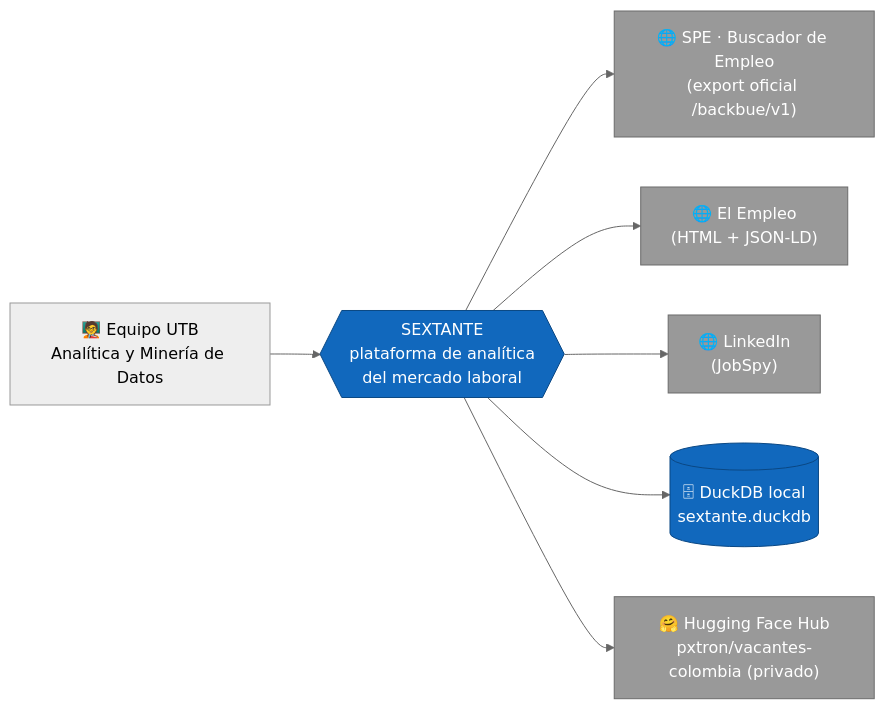
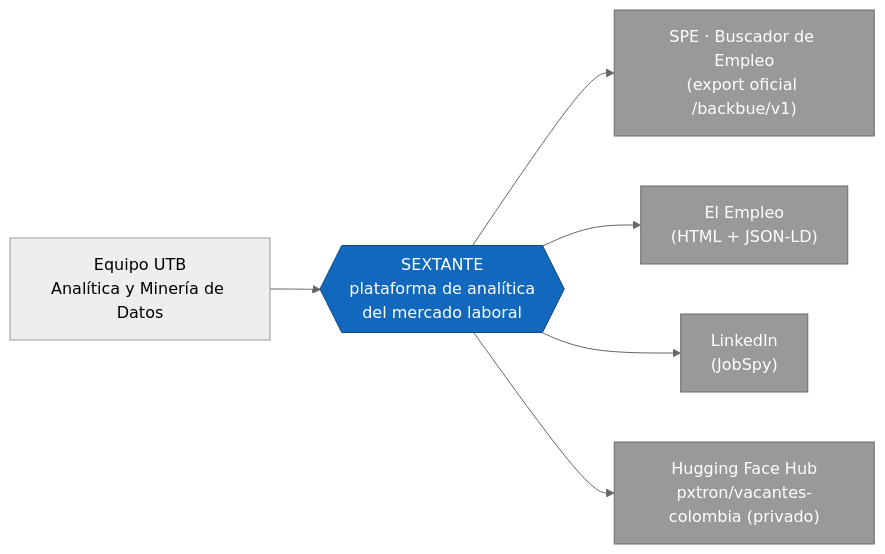
Before and after one commit to shalom-A26/SEXTANTE: the first of 3 diagrams in README.md, drawn with Mermaid (neutral theme). The commit also changed other lines of this file and 8 other files, not shown here.

First line of the commit message:
feat: captura en GitHub Actions con Hugging Face como memoria persistente

````diff
--- a/README.md
+++ b/README.md
@@ -46,24 +46,20 @@
 ```mermaid
 flowchart LR
-    u["🧑‍🏫 Equipo UTB<br/>Analítica y Minería de Datos"]
+    u["Equipo UTB<br/>Analítica y Minería de Datos"]
     s{{"SEXTANTE<br/>plataforma de analítica<br/>del mercado laboral"}}
-    spe["🌐 SPE · Buscador de Empleo<br/>(export oficial /backbue/v1)"]
-    ee["🌐 El Empleo<br/>(HTML + JSON-LD)"]
-    li["🌐 LinkedIn<br/>(JobSpy)"]
-    hf["🤗 Hugging Face Hub<br/>pxtron/vacantes-colombia (privado)"]
-    dk[("🗄 DuckDB local<br/>sextante.duckdb")]
+    spe["SPE · Buscador de Empleo<br/>(export oficial /backbue/v1)"]
+    ee["El Empleo<br/>(HTML + JSON-LD)"]
+    li["LinkedIn<br/>(JobSpy)"]
+    hf["Hugging Face Hub<br/>pxtron/vacantes-colombia (privado)"]
 
     u --> s
     s --> spe
     s --> ee
     s --> li
-    s --> dk
     s --> hf
 
     classDef sistema fill:#1168bd,color:#fff,stroke:#0b4884;
     classDef externo fill:#999999,color:#fff,stroke:#6b6b6b;
-    classDef almacen fill:#1168bd,color:#fff,stroke:#0b4884;
     class s sistema;
     class spe,ee,li,hf externo;
-    class dk almacen;
 ```
````
